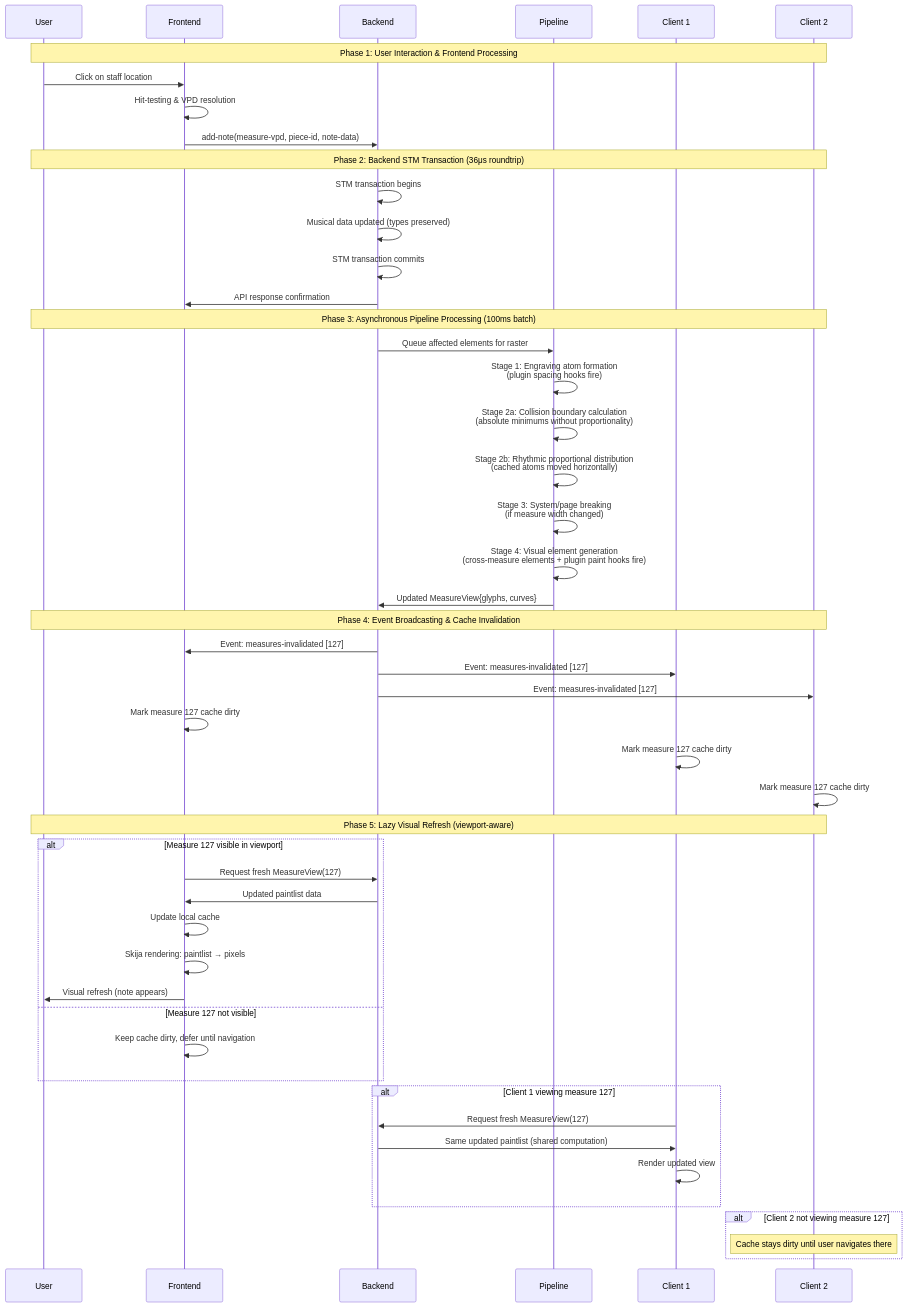
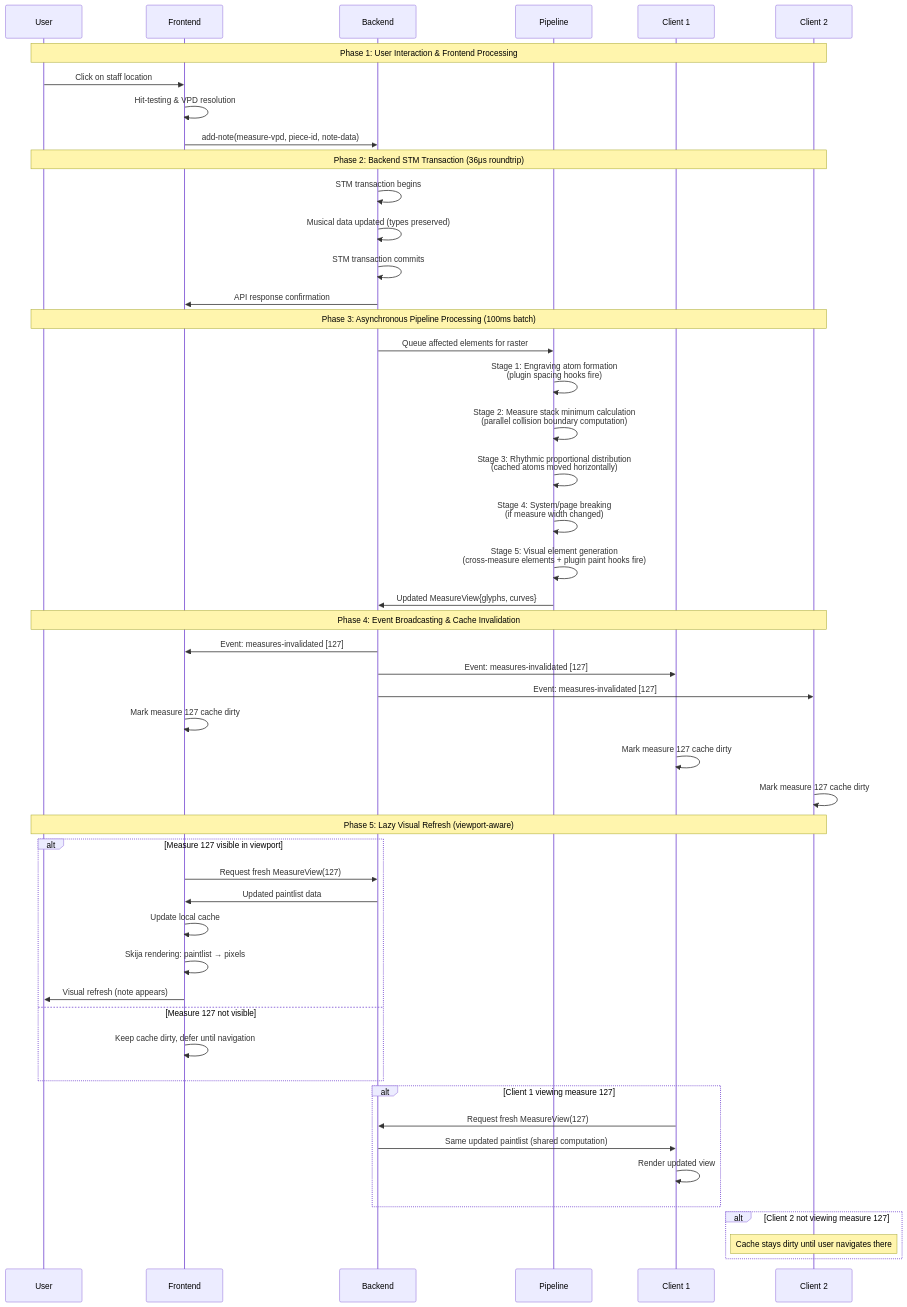
One commit to PeterBengtson/Ooloi-docs changed the fourth of 6 diagrams in ADRs/0028-Hierarchical-Rendering-Pipeline.md. Above: the diagram before and after it, drawn with Mermaid. The commit also changed other lines of this file, not shown here.

````diff
--- a/ADRs/0028-Hierarchical-Rendering-Pipeline.md
+++ b/ADRs/0028-Hierarchical-Rendering-Pipeline.md
@@ -208,59 +218,59 @@
 ```mermaid
 sequenceDiagram
     participant U as User
     participant F as Frontend
     participant B as Backend
     participant P as Pipeline
     participant C1 as Client 1
     participant C2 as Client 2
 
     Note over U,C2: Phase 1: User Interaction & Frontend Processing
     U->>F: Click on staff location
     F->>F: Hit-testing & VPD resolution
     F->>B: add-note(measure-vpd, piece-id, note-data)
 
     Note over U,C2: Phase 2: Backend STM Transaction (36μs roundtrip)
     B->>B: STM transaction begins
     B->>B: Musical data updated (types preserved)
     B->>B: STM transaction commits
     B->>F: API response confirmation
 
     Note over U,C2: Phase 3: Asynchronous Pipeline Processing (100ms batch)
     B->>P: Queue affected elements for raster
     P->>P: Stage 1: Engraving atom formation<br/>(plugin spacing hooks fire)
-    P->>P: Stage 2a: Collision boundary calculation<br/>(absolute minimums without proportionality)
-    P->>P: Stage 2b: Rhythmic proportional distribution<br/>(cached atoms moved horizontally)
-    P->>P: Stage 3: System/page breaking<br/>(if measure width changed)
-    P->>P: Stage 4: Visual element generation<br/>(cross-measure elements + plugin paint hooks fire)
+    P->>P: Stage 2: Measure stack minimum calculation<br/>(parallel collision boundary computation)
+    P->>P: Stage 3: Rhythmic proportional distribution<br/>(cached atoms moved horizontally)
+    P->>P: Stage 4: System/page breaking<br/>(if measure width changed)
+    P->>P: Stage 5: Visual element generation<br/>(cross-measure elements + plugin paint hooks fire)
     P->>B: Updated MeasureView{glyphs, curves}
 
     Note over U,C2: Phase 4: Event Broadcasting & Cache Invalidation
     B->>F: Event: measures-invalidated [127]
     B->>C1: Event: measures-invalidated [127]
     B->>C2: Event: measures-invalidated [127]
 
     F->>F: Mark measure 127 cache dirty
     C1->>C1: Mark measure 127 cache dirty
     C2->>C2: Mark measure 127 cache dirty
 
     Note over U,C2: Phase 5: Lazy Visual Refresh (viewport-aware)
     alt Measure 127 visible in viewport
         F->>B: Request fresh MeasureView(127)
         B->>F: Updated paintlist data
         F->>F: Update local cache
         F->>F: Skija rendering: paintlist → pixels
         F->>U: Visual refresh (note appears)
     else Measure 127 not visible
         F->>F: Keep cache dirty, defer until navigation
     end
 
     alt Client 1 viewing measure 127
         C1->>B: Request fresh MeasureView(127)
         B->>C1: Same updated paintlist (shared computation)
         C1->>C1: Render updated view
     end
 
     alt Client 2 not viewing measure 127
         Note over C2: Cache stays dirty until user navigates there
     end
 ```
````
